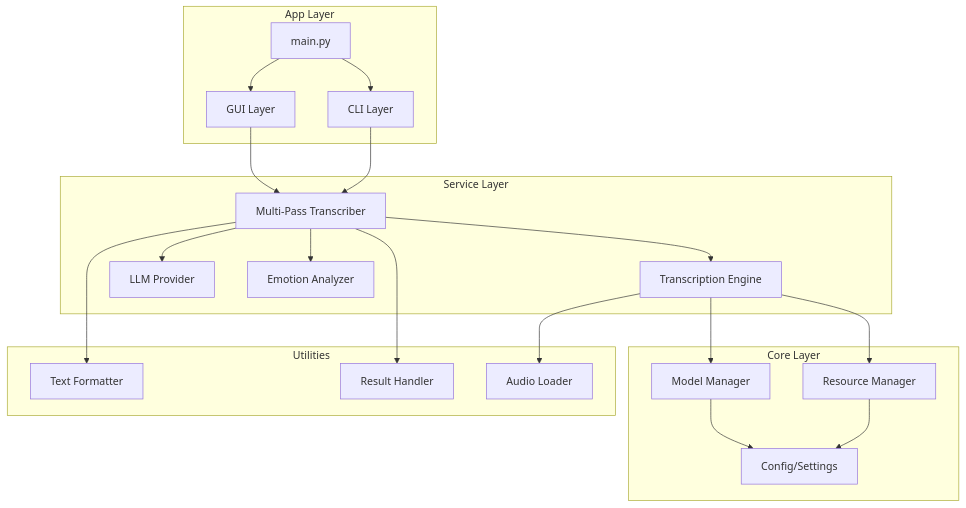
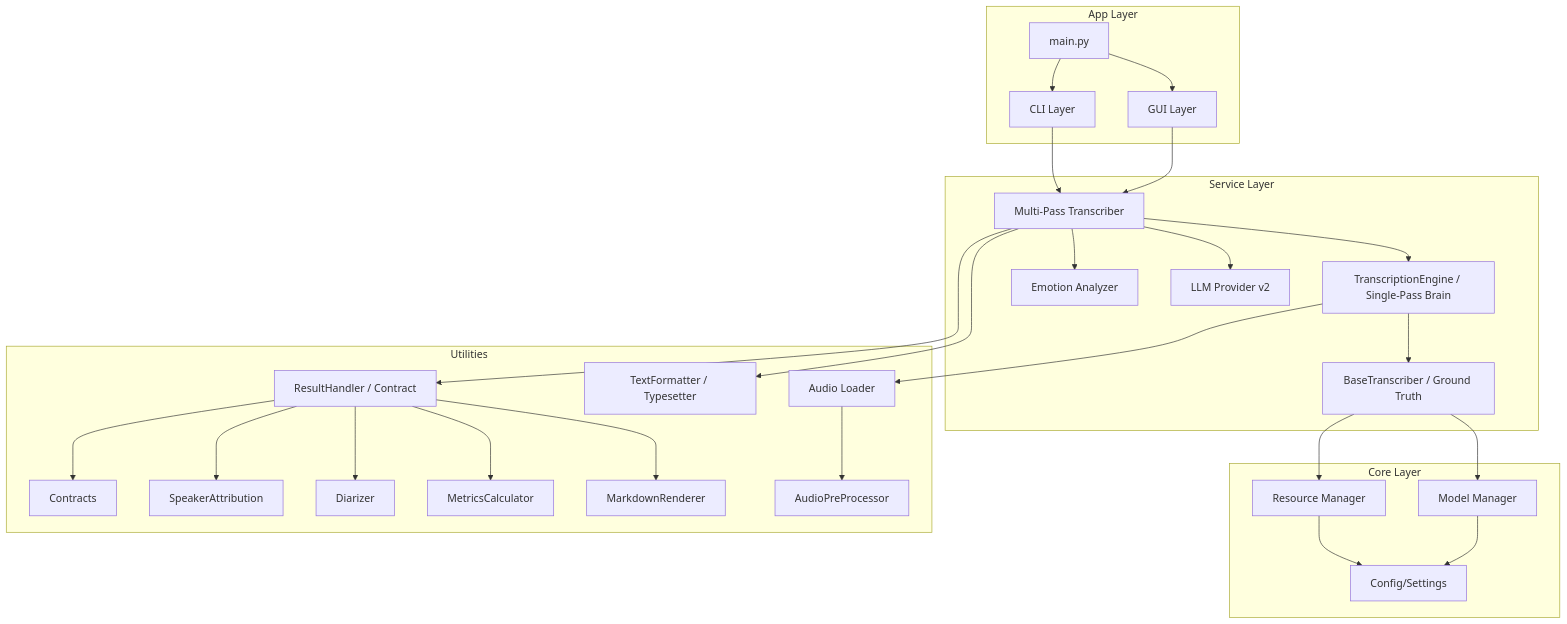
One commit to ptparkr/Insightron changed the diagram in docs/CODEBASE_EXPLORER.md. Above: the diagram before and after it, drawn with Mermaid. The commit also changed other lines of this file and 18 other files, not shown here.

Commit message:
feat: Implement a new single-phase transcription engine architecture, advanced audio preprocessing, speaker diarization, and comprehensive documentation.

````diff
--- a/docs/CODEBASE_EXPLORER.md
+++ b/docs/CODEBASE_EXPLORER.md
@@ -9,32 +9,45 @@
 ```mermaid
 graph TD
     subgraph App Layer
         A[main.py] --> G[GUI Layer]
         A --> C[CLI Layer]
     end
 
     subgraph Service Layer
         G --> MP[Multi-Pass Transcriber]
         C --> MP
-        MP --> TE[Transcription Engine]
-        MP --> LLM[LLM Provider]
+        MP --> TE[TranscriptionEngine / Single-Pass Brain]
+        MP --> LLM[LLM Provider v2]
         MP --> EA[Emotion Analyzer]
+        TE --> BT[BaseTranscriber / Ground Truth]
     end
 
     subgraph Core Layer
-        TE --> MM[Model Manager]
-        TE --> RM[Resource Manager]
+        BT --> MM[Model Manager]
+        BT --> RM[Resource Manager]
         MM --> CFG[Config/Settings]
         RM --> CFG
     end
 
     subgraph Utilities
-        TF[Text Formatter]
-        RH[Result Handler]
+        TF[TextFormatter / Typesetter]
+        RH[ResultHandler / Contract]
         AL[Audio Loader]
+        AP[AudioPreProcessor]
+        MR[MarkdownRenderer]
+        MC[MetricsCalculator]
+        DI[Diarizer]
+        SA[SpeakerAttribution]
+        CT[Contracts]
     end
 
     MP --> TF
     MP --> RH
     TE --> AL
+    AL --> AP
+    RH --> MR
+    RH --> MC
+    RH --> DI
+    RH --> SA
+    RH --> CT
 ```
````
